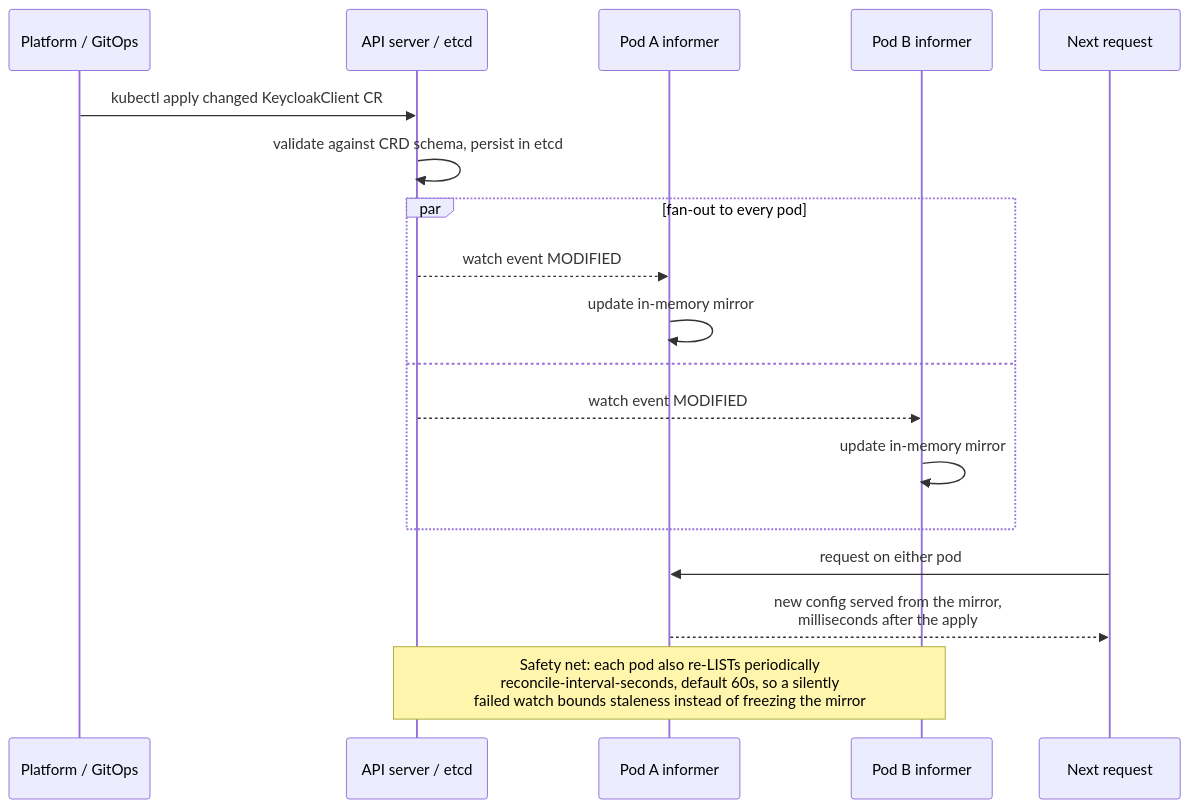
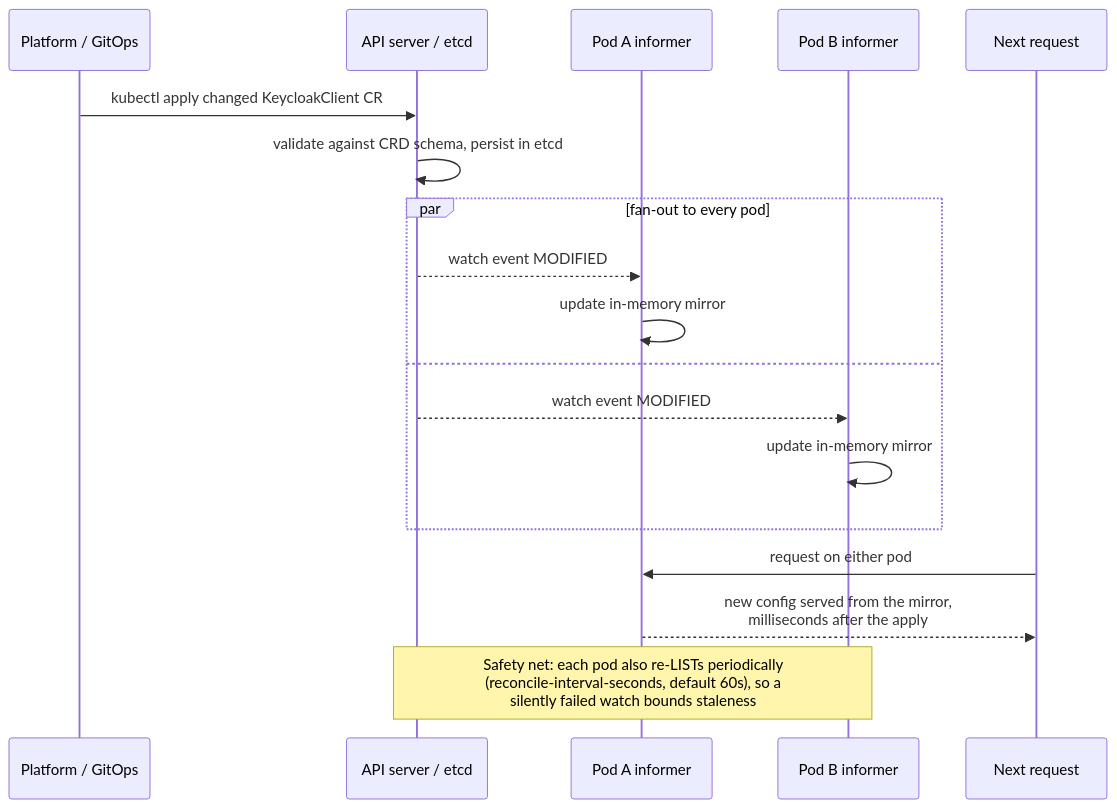
The second of 3 diagrams in ARCHITECTURE.md (dominikschlosser/keycloak-k8store), drawn with Mermaid before and after one commit. The commit also changed other lines of this file, not shown here.

Commit message:
Condense ARCHITECTURE.md and surface docs/ in the repo layout

````diff
--- a/ARCHITECTURE.md
+++ b/ARCHITECTURE.md
@@ -79,21 +58,21 @@
 ```mermaid
 sequenceDiagram
     participant P as Platform / GitOps
     participant K as API server / etcd
     participant A as Pod A informer
     participant B as Pod B informer
     participant R as Next request
 
     P->>K: kubectl apply changed KeycloakClient CR
     K->>K: validate against CRD schema, persist in etcd
     par fan-out to every pod
         K-->>A: watch event MODIFIED
         A->>A: update in-memory mirror
     and
         K-->>B: watch event MODIFIED
         B->>B: update in-memory mirror
     end
     R->>A: request on either pod
     A-->>R: new config served from the mirror,<br/>milliseconds after the apply
-    Note over K,B: Safety net: each pod also re-LISTs periodically<br/>reconcile-interval-seconds, default 60s, so a silently<br/>failed watch bounds staleness instead of freezing the mirror
+    Note over K,B: Safety net: each pod also re-LISTs periodically<br/>(reconcile-interval-seconds, default 60s), so a<br/>silently failed watch bounds staleness
 ```
````
